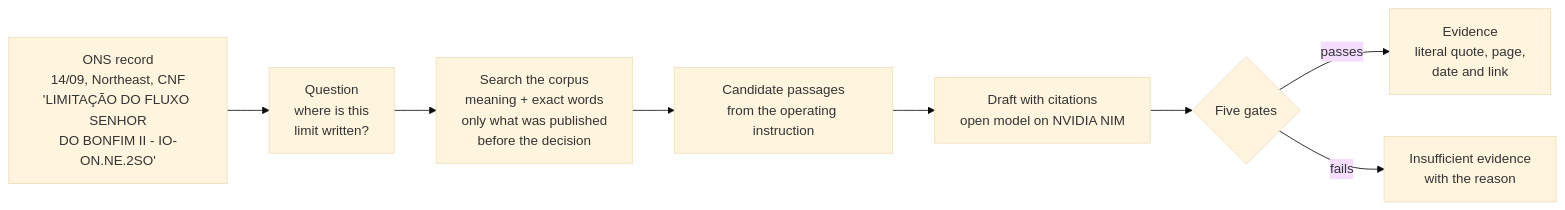
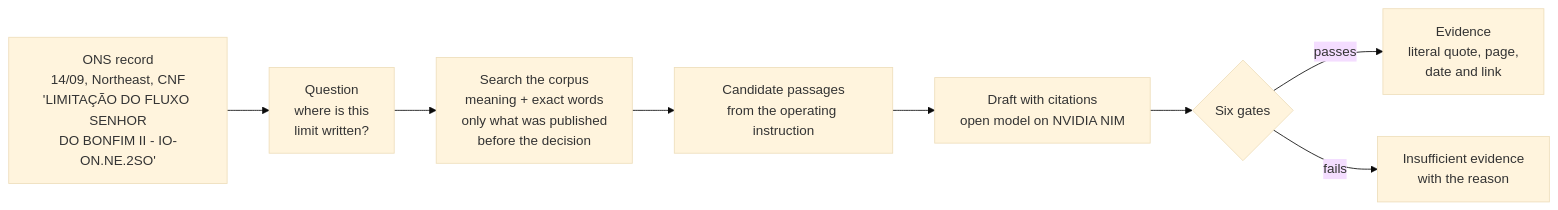
One commit to Hackathon-IA-2026/solucoes-grupo-09 changed the first of 3 diagrams in docs/rag/evidence-layer.md. Above: the diagram before and after it, drawn with Mermaid (base theme). The commit also changed other lines of this file and 13 other files, not shown here.

````diff
--- a/docs/rag/evidence-layer.md
+++ b/docs/rag/evidence-layer.md
@@ -31,10 +31,10 @@
 ```mermaid
 flowchart LR
     A["ONS record<br/>14/09, Northeast, CNF<br/>'LIMITAÇÃO DO FLUXO SENHOR<br/>DO BONFIM II - IO-ON.NE.2SO'"] --> B["Question<br/>where is this<br/>limit written?"]
     B --> C["Search the corpus<br/>meaning + exact words<br/>only what was published<br/>before the decision"]
     C --> D["Candidate passages<br/>from the operating instruction"]
     D --> E["Draft with citations<br/>open model on NVIDIA NIM"]
-    E --> F{"Five gates"}
+    E --> F{"Six gates"}
     F -- passes --> G["Evidence<br/>literal quote, page,<br/>date and link"]
     F -- fails --> H["Insufficient evidence<br/>with the reason"]
 ```
````
